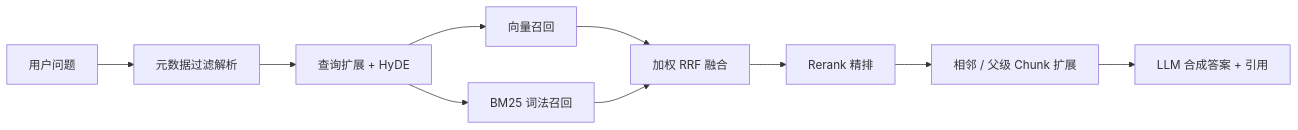
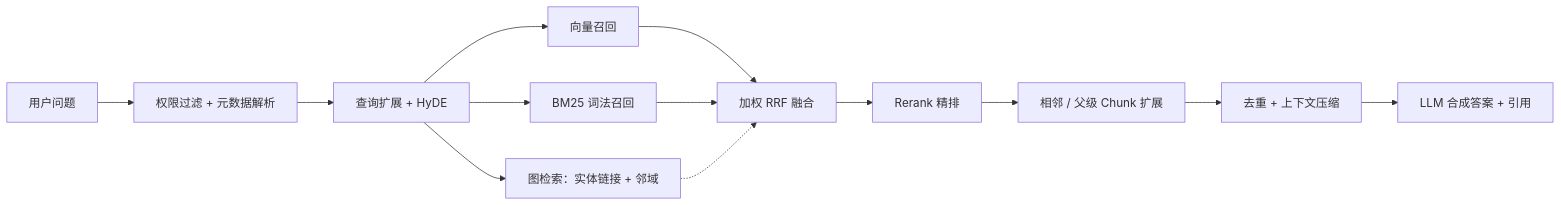
Before and after one commit to MarkITwains/RAG: the second of 2 diagrams in README.md, drawn with Mermaid. The commit also changed other lines of this file and 16 other files, not shown here.

First line of the commit message:
feat: GraphRAG, context compression, tenant ACL, observability and multimodal

````diff
--- a/README.md
+++ b/README.md
@@ -82,12 +87,15 @@
 ```mermaid
 flowchart LR
-    Q["用户问题"] --> FLT["元数据过滤解析"]
-    FLT --> EXP["查询扩展 + HyDE"]
+    Q["用户问题"] --> ACL["权限过滤 + 元数据解析"]
+    ACL --> EXP["查询扩展 + HyDE"]
     EXP --> DENSE["向量召回"]
     EXP --> SPARSE["BM25 词法召回"]
+    EXP --> GRAPH["图检索：实体链接 + 邻域"]
     DENSE --> FUSE["加权 RRF 融合"]
     SPARSE --> FUSE
+    GRAPH -.-> FUSE
     FUSE --> RERANK["Rerank 精排"]
     RERANK --> CTX["相邻 / 父级 Chunk 扩展"]
-    CTX --> ANS["LLM 合成答案 + 引用"]
+    CTX --> COMP["去重 + 上下文压缩"]
+    COMP --> ANS["LLM 合成答案 + 引用"]
 ```
````
